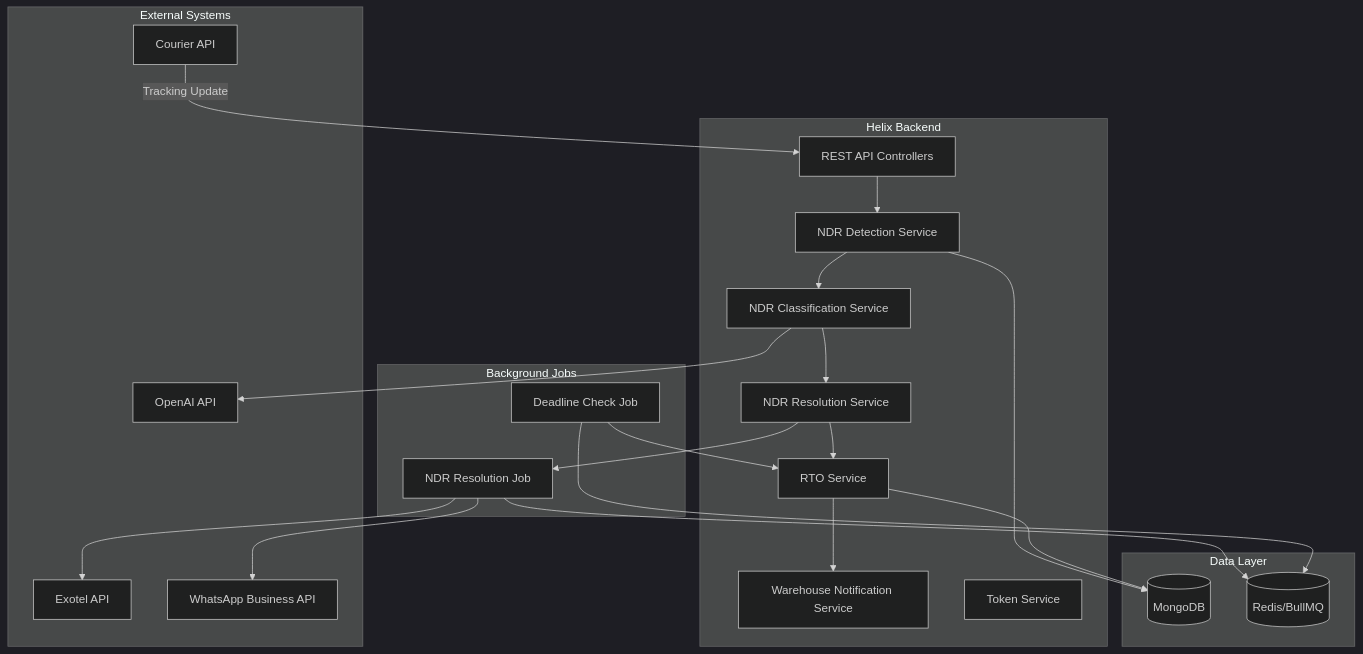
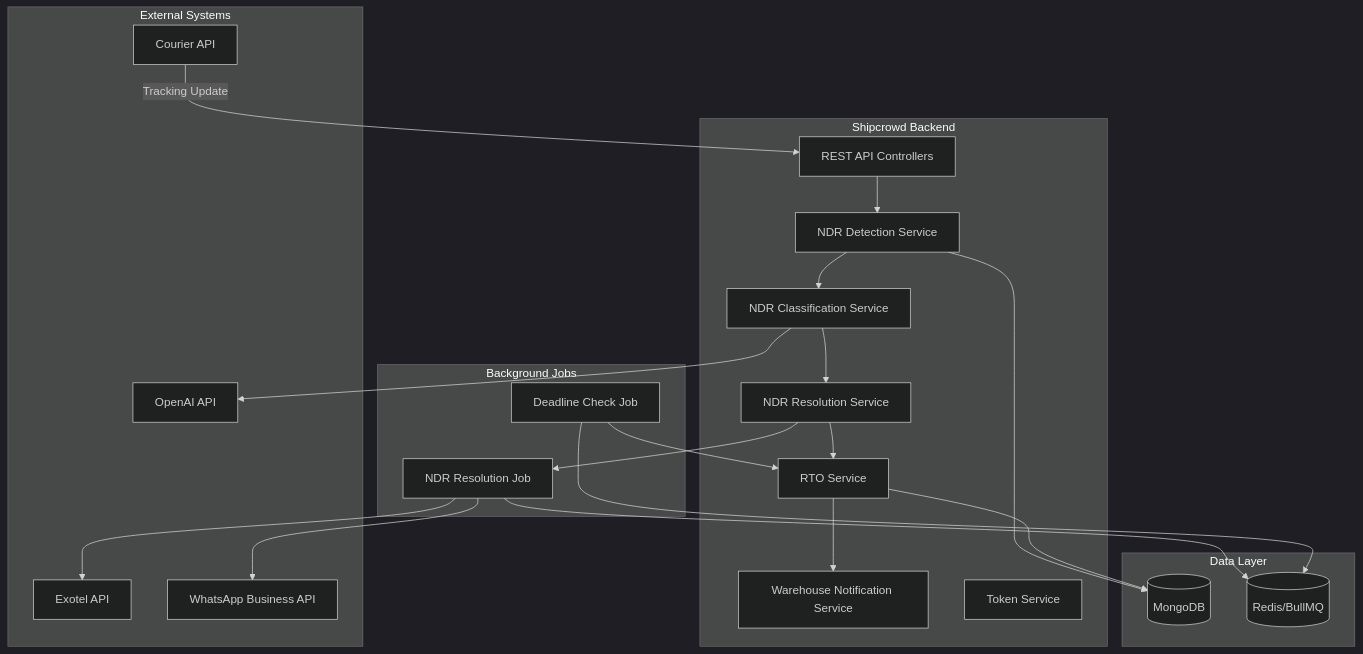
The first of 10 diagrams in docs/Development/Domains/Shipping/NDR_RTO/NDR_RTO_Complete.md (dhirajgiri3/Shipcrowd), drawn with Mermaid (dark theme) before and after one commit. The commit also changed other lines of this file and 282 other files, not shown here.

````diff
--- a/docs/Development/Domains/Shipping/NDR_RTO/NDR_RTO_Complete.md
+++ b/docs/Development/Domains/Shipping/NDR_RTO/NDR_RTO_Complete.md
@@ -1122,45 +1122,45 @@
 ```mermaid
 graph TB
     subgraph "External Systems"
         Carrier[Courier API]
         OpenAI[OpenAI API]
         Exotel[Exotel API]
         WhatsApp[WhatsApp Business API]
     end
 
-    subgraph "Helix Backend"
+    subgraph "Shipcrowd Backend"
         API[REST API Controllers]
         NDRDetection[NDR Detection Service]
         NDRClassification[NDR Classification Service]
         NDRResolution[NDR Resolution Service]
         RTOService[RTO Service]
         WhService[Warehouse Notification Service]
         TokenService[Token Service]
     end
 
     subgraph "Data Layer"
         MongoDB[(MongoDB)]
         Redis[(Redis/BullMQ)]
     end
 
     subgraph "Background Jobs"
         ResolutionJob[NDR Resolution Job]
         DeadlineJob[Deadline Check Job]
     end
 
     Carrier -->|Tracking Update| API
     API --> NDRDetection
     NDRDetection --> MongoDB
     NDRDetection --> NDRClassification
     NDRClassification --> OpenAI
     NDRClassification --> NDRResolution
     NDRResolution --> ResolutionJob
     ResolutionJob --> Redis
     ResolutionJob --> WhatsApp
     ResolutionJob --> Exotel
     NDRResolution --> RTOService
     RTOService --> WhService
     RTOService --> MongoDB
     DeadlineJob --> Redis
     DeadlineJob --> RTOService
 ```
````
